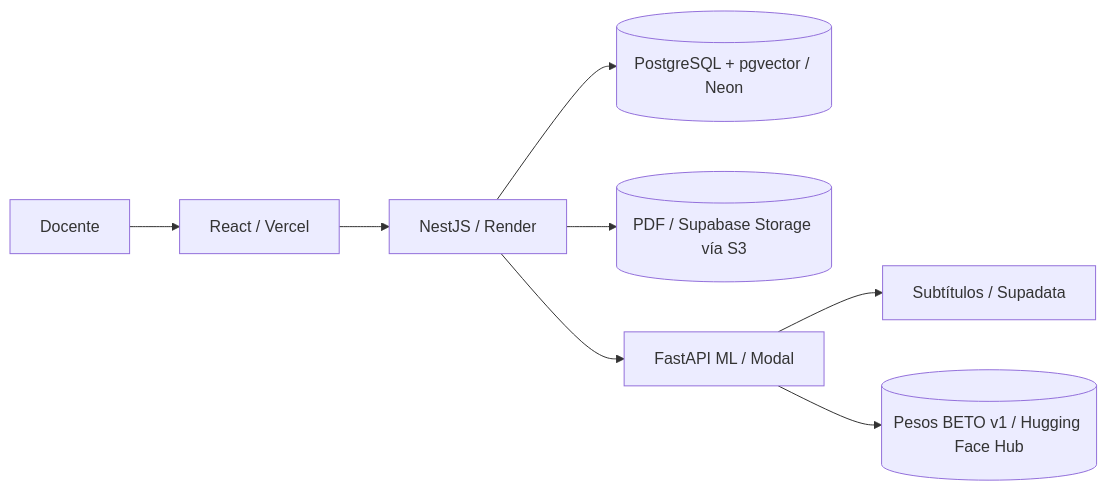
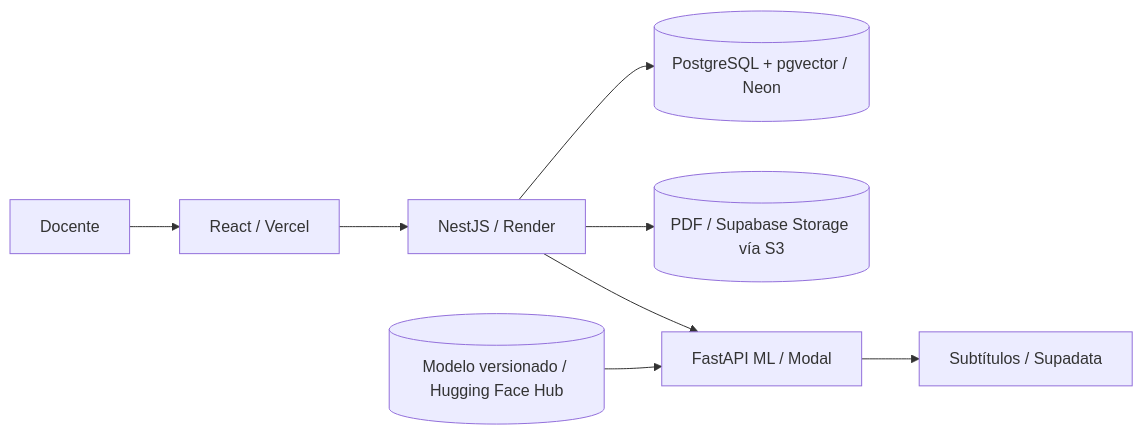
One commit to JaquelineRocio/historia-viva-peru-tfm changed the diagram in README.md. Above: the diagram before and after it, drawn with Mermaid. The commit also changed other lines of this file and 4 other files, not shown here.

````diff
--- a/README.md
+++ b/README.md
@@ -89,10 +28,10 @@
 ```mermaid
 flowchart LR
   U[Docente] --> W[React / Vercel]
   W --> A[NestJS / Render]
   A --> D[(PostgreSQL + pgvector / Neon)]
   A --> O[(PDF / Supabase Storage vía S3)]
   A --> M[FastAPI ML / Modal]
   M --> S[Subtítulos / Supadata]
-  M --> H[(Pesos BETO v1 / Hugging Face Hub)]
+  H[(Modelo versionado / Hugging Face Hub)] --> M
 ```
````
